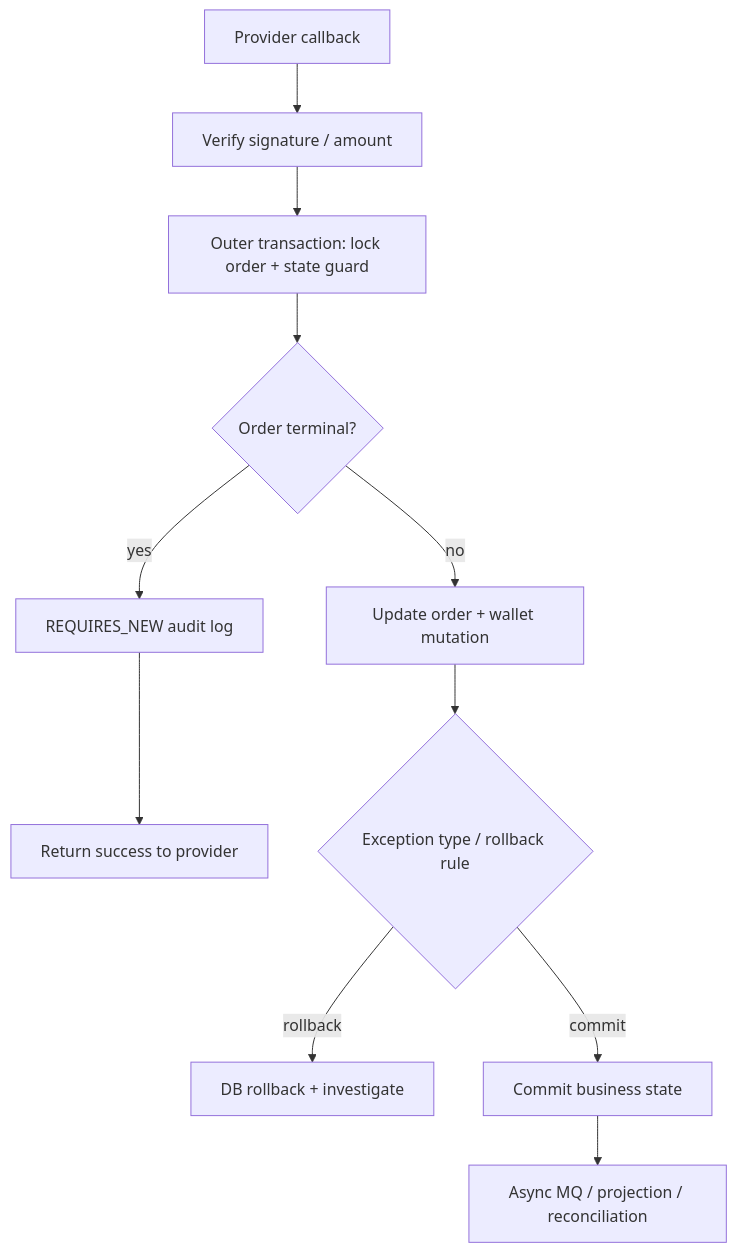
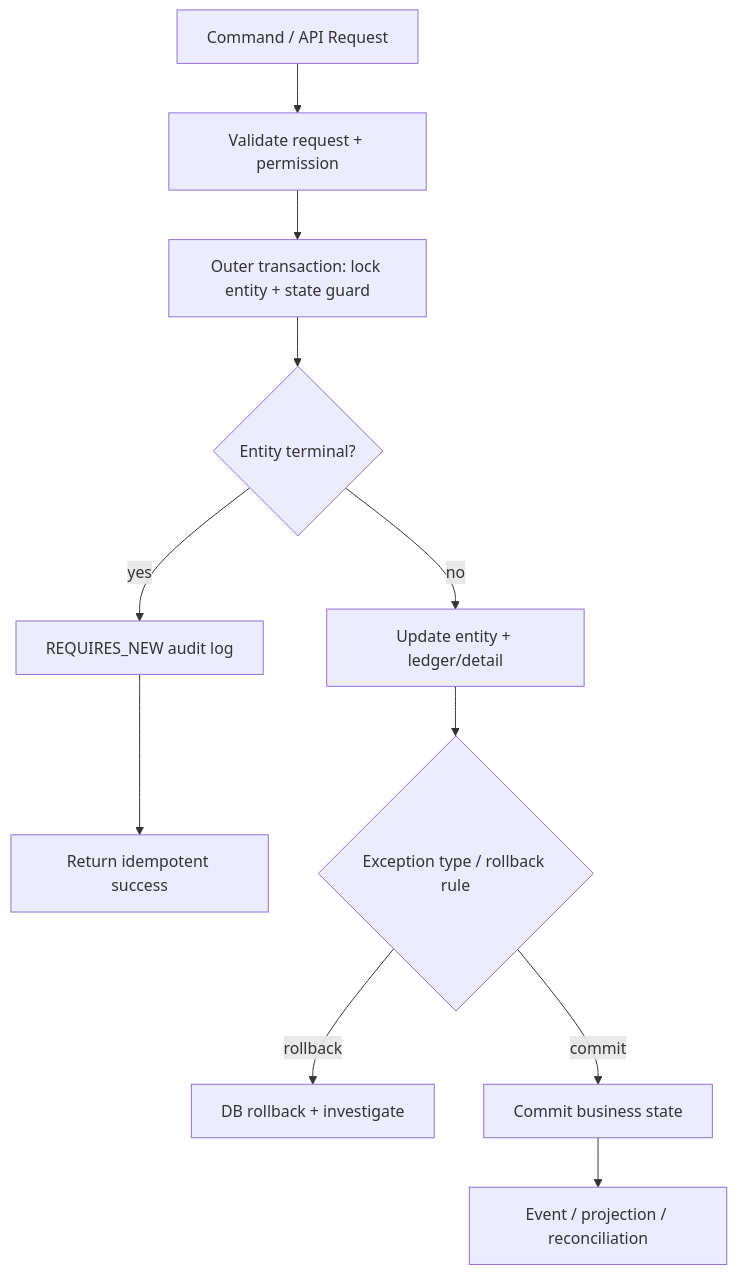
One commit to 10gt12nc/nick-vault changed the second of 2 diagrams in senior-owner-playbook/backend-learning-log.md. Above: the diagram before and after it, drawn with Mermaid. The commit also changed other lines of this file, not shown here.

````diff
--- a/senior-owner-playbook/backend-learning-log.md
+++ b/senior-owner-playbook/backend-learning-log.md
@@ -462,13 +466,13 @@
 ```mermaid
 flowchart TD
-  A["Provider callback"] --> B["Verify signature / amount"]
-  B --> C["Outer transaction: lock order + state guard"]
-  C --> D{"Order terminal?"}
+  A["Command / API Request"] --> B["Validate request + permission"]
+  B --> C["Outer transaction: lock entity + state guard"]
+  C --> D{"Entity terminal?"}
   D -- "yes" --> E["REQUIRES_NEW audit log"]
-  E --> F["Return success to provider"]
-  D -- "no" --> G["Update order + wallet mutation"]
+  E --> F["Return idempotent success"]
+  D -- "no" --> G["Update entity + ledger/detail"]
   G --> H{"Exception type / rollback rule"}
   H -- "rollback" --> I["DB rollback + investigate"]
   H -- "commit" --> J["Commit business state"]
-  J --> K["Async MQ / projection / reconciliation"]
+  J --> K["Event / projection / reconciliation"]
 ```
````
